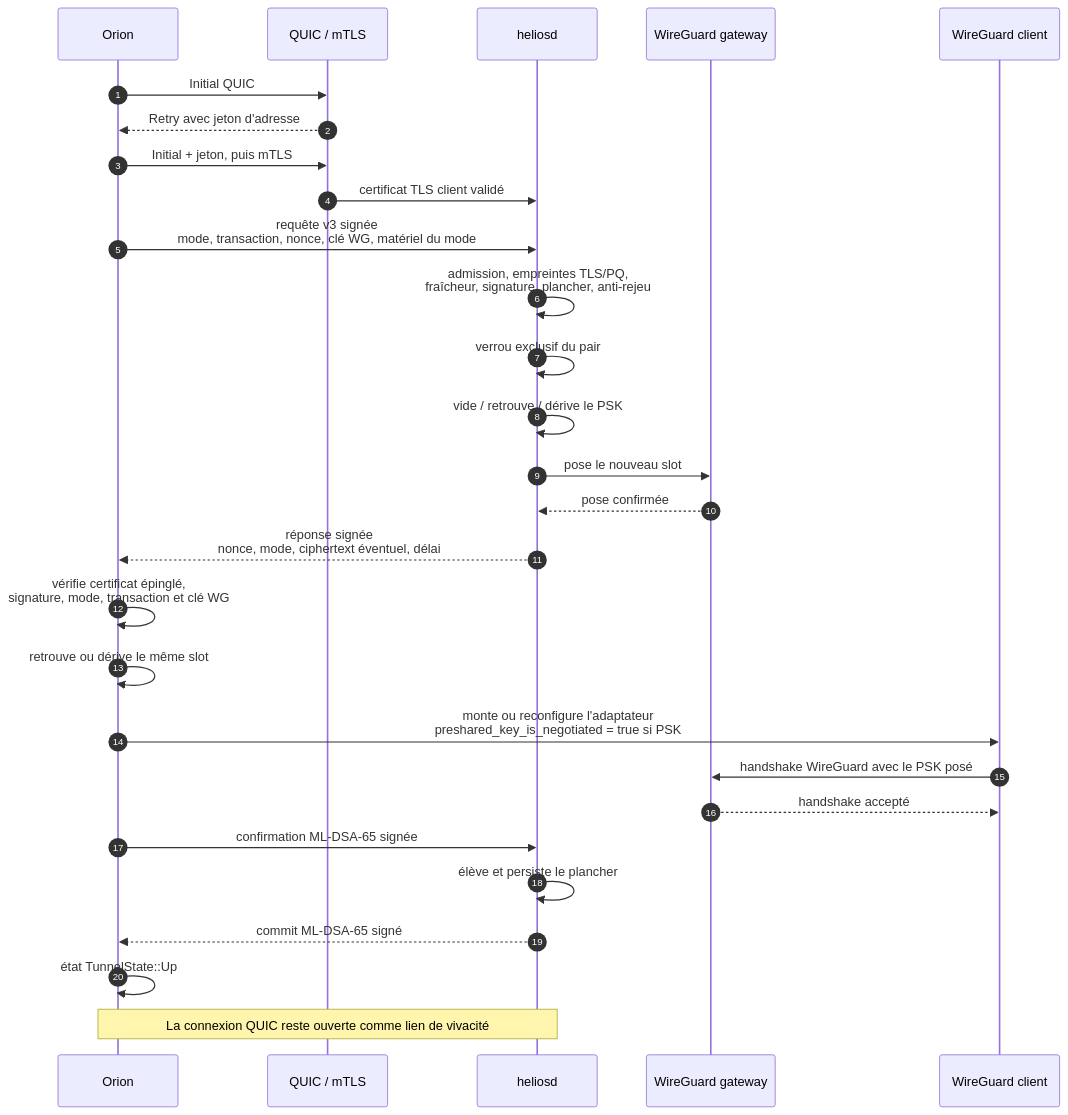
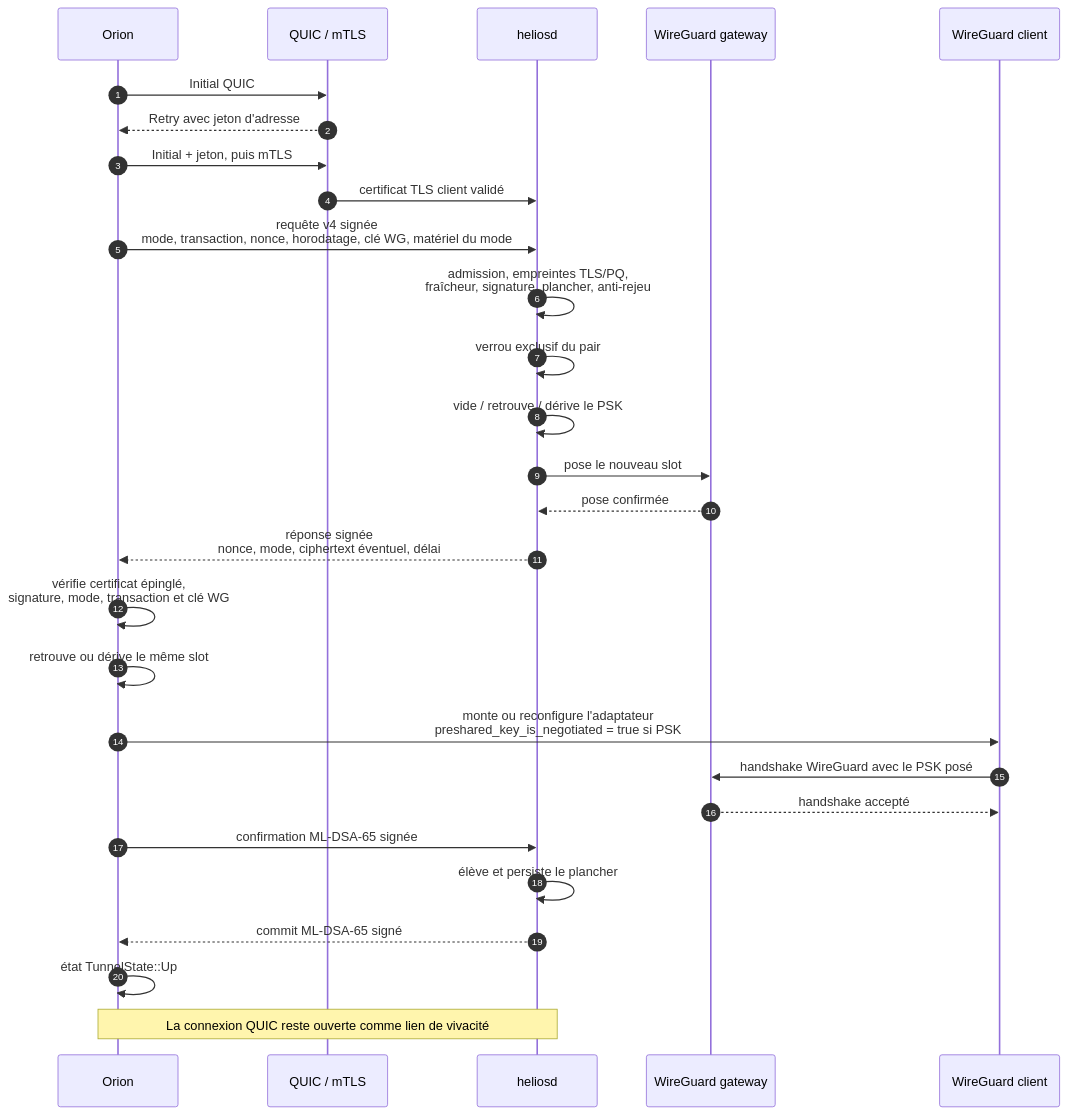
Before and after one commit to atxme/helios: the second of 4 diagrams in docs/adr/ADR-005-NEGOCIATION-DE-CLE.md, drawn with Mermaid. The commit also changed other lines of this file and 67 other files, not shown here.

````diff
--- a/docs/adr/ADR-005-NEGOCIATION-DE-CLE.md
+++ b/docs/adr/ADR-005-NEGOCIATION-DE-CLE.md
@@ -267,31 +275,31 @@
 ```mermaid
 sequenceDiagram
     autonumber
     participant O as Orion
     participant Q as QUIC / mTLS
     participant H as heliosd
     participant G as WireGuard gateway
     participant C as WireGuard client
 
     O->>Q: Initial QUIC
     Q-->>O: Retry avec jeton d'adresse
     O->>Q: Initial + jeton, puis mTLS
     Q->>H: certificat TLS client validé
-    O->>H: requête v3 signée<br/>mode, transaction, nonce, clé WG, matériel du mode
+    O->>H: requête v4 signée<br/>mode, transaction, nonce, horodatage, clé WG, matériel du mode
     H->>H: admission, empreintes TLS/PQ,<br/>fraîcheur, signature, plancher, anti-rejeu
     H->>H: verrou exclusif du pair
     H->>H: vide / retrouve / dérive le PSK
     H->>G: pose le nouveau slot
     G-->>H: pose confirmée
     H-->>O: réponse signée<br/>nonce, mode, ciphertext éventuel, délai
     O->>O: vérifie certificat épinglé,<br/>signature, mode, transaction et clé WG
     O->>O: retrouve ou dérive le même slot
     O->>C: monte ou reconfigure l'adaptateur<br/>preshared_key_is_negotiated = true si PSK
     C->>G: handshake WireGuard avec le PSK posé
     G-->>C: handshake accepté
     O->>H: confirmation ML-DSA-65 signée
     H->>H: élève et persiste le plancher
     H-->>O: commit ML-DSA-65 signé
     O->>O: état TunnelState::Up
     Note over O,H: La connexion QUIC reste ouverte comme lien de vivacité
 ```
````
